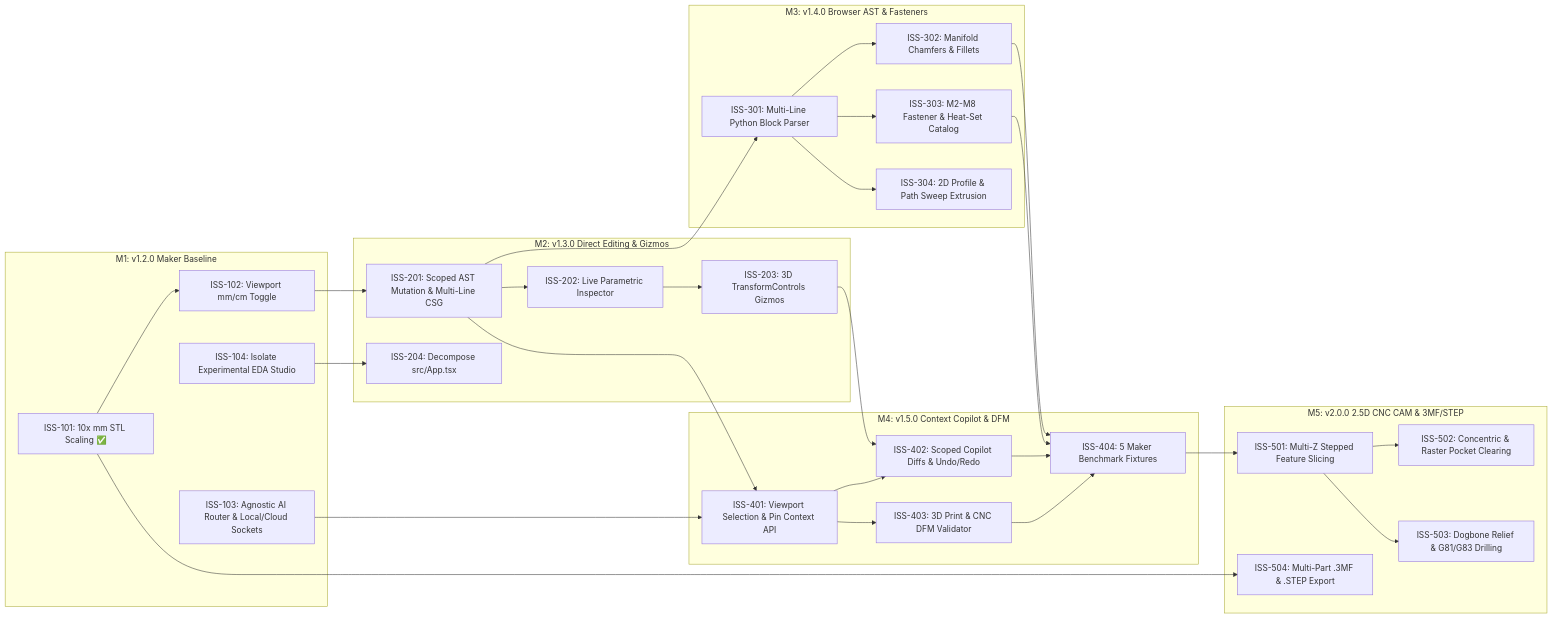
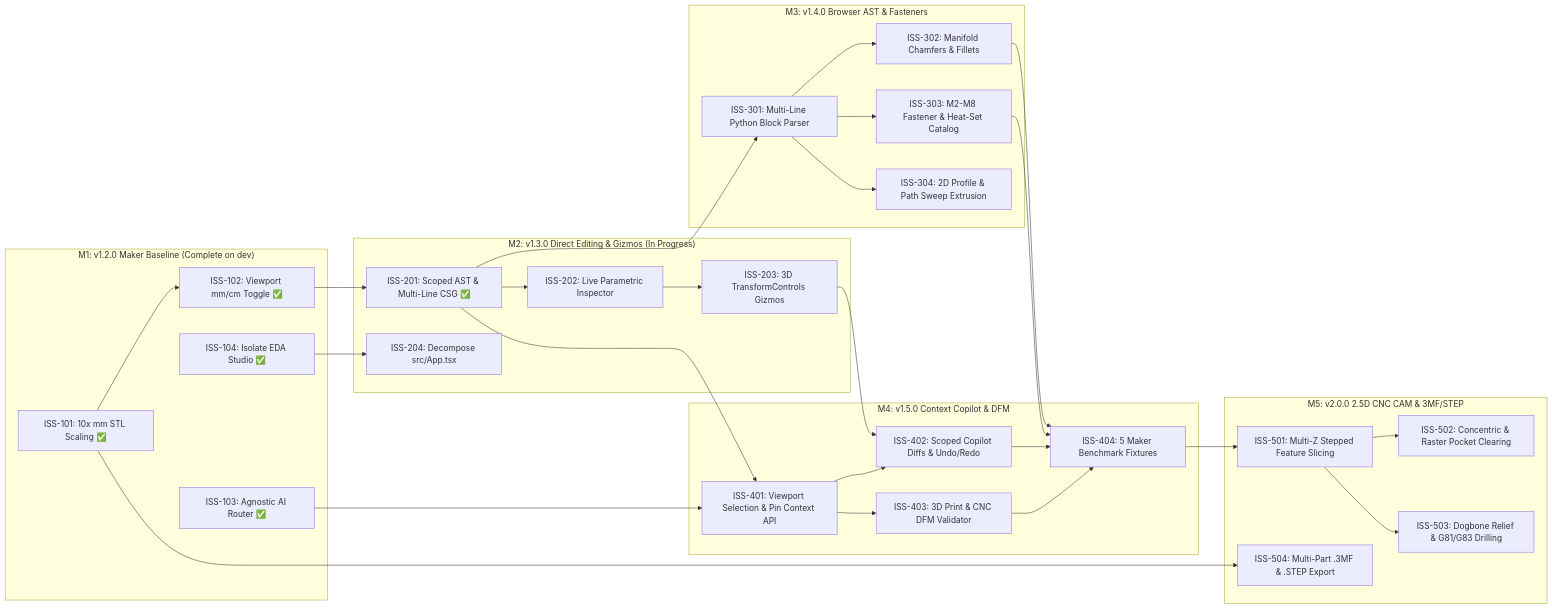
The diagram in docs/PROJECT_MILESTONES_AND_ISSUES.md (jimmyjdejesus-cmyk/agentic-cad-usd-brep), drawn with Mermaid before and after one commit. The commit also changed other lines of this file and 11 other files, not shown here.

First line of the commit message:
docs(architecture): sync README, subsystem diagrams, manifest, and roadmap exit criteria (#42)

````diff
--- a/docs/PROJECT_MILESTONES_AND_ISSUES.md
+++ b/docs/PROJECT_MILESTONES_AND_ISSUES.md
@@ -7,60 +7,60 @@
 ```mermaid
 flowchart LR
-    subgraph M1["M1: v1.2.0 Maker Baseline"]
+    subgraph M1["M1: v1.2.0 Maker Baseline (Complete on dev)"]
         ISS101["ISS-101: 10x mm STL Scaling ✅"]
-        ISS102["ISS-102: Viewport mm/cm Toggle"]
-        ISS103["ISS-103: Agnostic AI Router & Local/Cloud Sockets"]
-        ISS104["ISS-104: Isolate Experimental EDA Studio"]
+        ISS102["ISS-102: Viewport mm/cm Toggle ✅"]
+        ISS103["ISS-103: Agnostic AI Router ✅"]
+        ISS104["ISS-104: Isolate EDA Studio ✅"]
     end
 
-    subgraph M2["M2: v1.3.0 Direct Editing & Gizmos"]
-        ISS201["ISS-201: Scoped AST Mutation & Multi-Line CSG"]
+    subgraph M2["M2: v1.3.0 Direct Editing & Gizmos (In Progress)"]
+        ISS201["ISS-201: Scoped AST & Multi-Line CSG ✅"]
         ISS202["ISS-202: Live Parametric Inspector"]
         ISS203["ISS-203: 3D TransformControls Gizmos"]
         ISS204["ISS-204: Decompose src/App.tsx"]
     end
 
     subgraph M3["M3: v1.4.0 Browser AST & Fasteners"]
         ISS301["ISS-301: Multi-Line Python Block Parser"]
         ISS302["ISS-302: Manifold Chamfers & Fillets"]
         ISS303["ISS-303: M2-M8 Fastener & Heat-Set Catalog"]
         ISS304["ISS-304: 2D Profile & Path Sweep Extrusion"]
     end
 
     subgraph M4["M4: v1.5.0 Context Copilot & DFM"]
         ISS401["ISS-401: Viewport Selection & Pin Context API"]
         ISS402["ISS-402: Scoped Copilot Diffs & Undo/Redo"]
         ISS403["ISS-403: 3D Print & CNC DFM Validator"]
         ISS404["ISS-404: 5 Maker Benchmark Fixtures"]
     end
 
     subgraph M5["M5: v2.0.0 2.5D CNC CAM & 3MF/STEP"]
         ISS501["ISS-501: Multi-Z Stepped Feature Slicing"]
         ISS502["ISS-502: Concentric & Raster Pocket Clearing"]
         ISS503["ISS-503: Dogbone Relief & G81/G83 Drilling"]
         ISS504["ISS-504: Multi-Part .3MF & .STEP Export"]
     end
 
     ISS101 --> ISS102
     ISS101 --> ISS504
     ISS102 --> ISS201
     ISS104 --> ISS204
     ISS201 --> ISS202
     ISS202 --> ISS203
     ISS201 --> ISS301
     ISS301 --> ISS302
     ISS301 --> ISS303
     ISS301 --> ISS304
     ISS103 --> ISS401
     ISS201 --> ISS401
     ISS203 --> ISS402
     ISS401 --> ISS402
     ISS401 --> ISS403
     ISS302 --> ISS404
     ISS303 --> ISS404
     ISS402 --> ISS404
     ISS403 --> ISS404
     ISS404 --> ISS501
     ISS501 --> ISS502
     ISS501 --> ISS503
 ```
````
